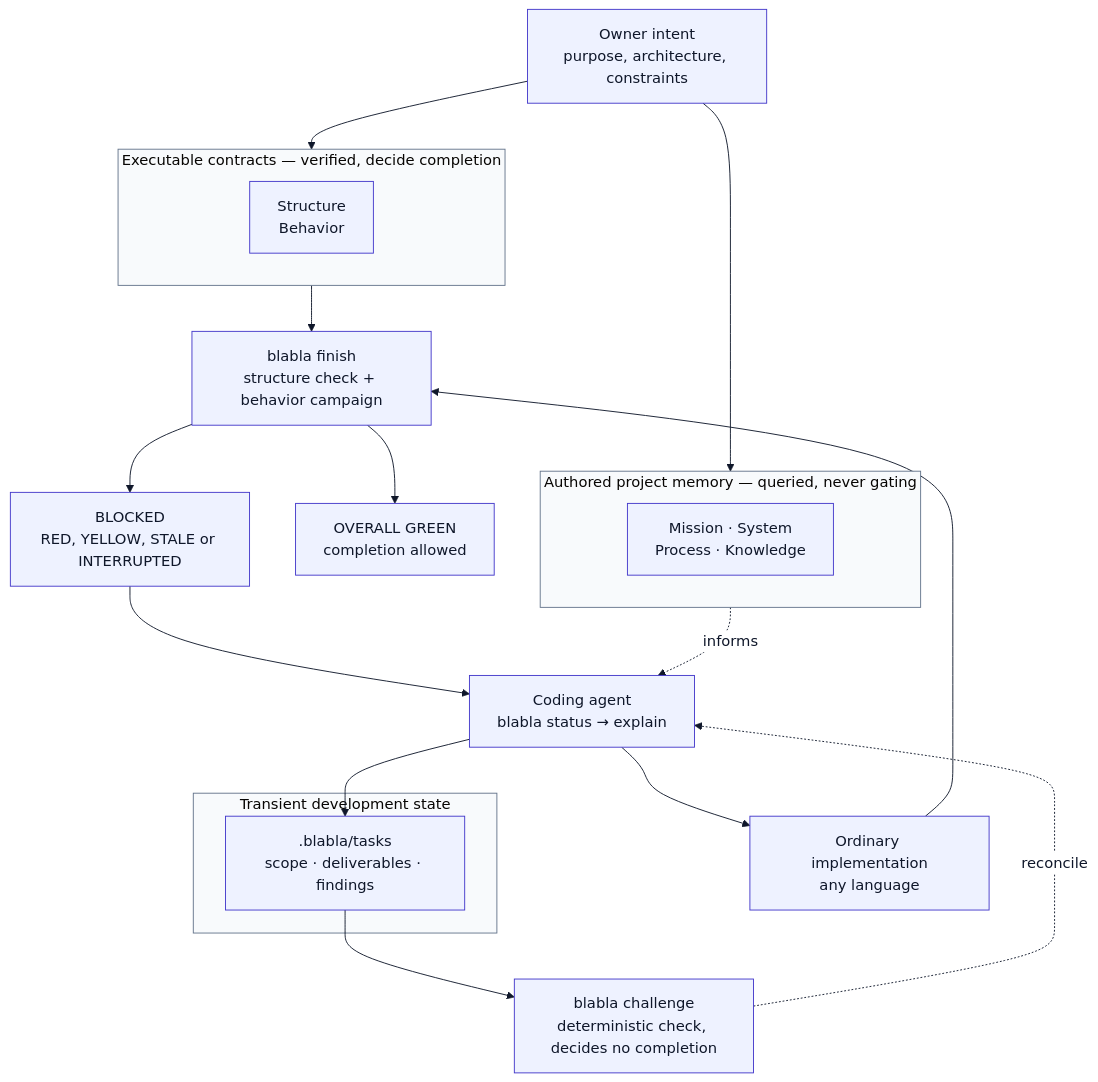
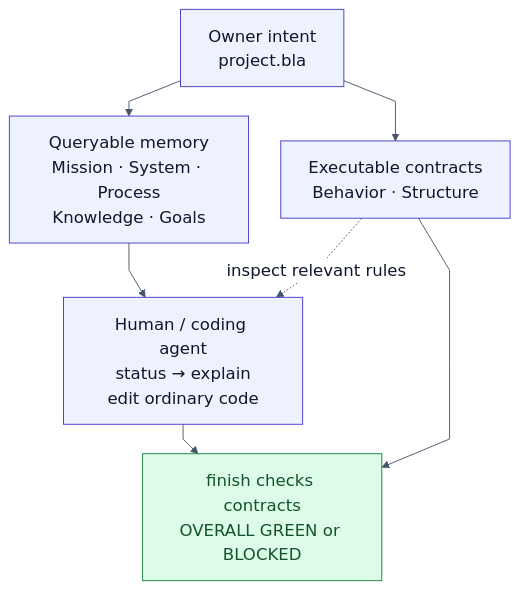
Before and after one commit to Kiborgik/blabla: the diagram in docs/diagrams/concept.mmd, drawn with Mermaid. The commit also changed 150 other files, not shown here.

```diff
--- a/docs/diagrams/concept.mmd
+++ b/docs/diagrams/concept.mmd
@@ -1,31 +1,15 @@
-%%{init: {"theme":"base","themeVariables":{"primaryColor":"#eef2ff","primaryTextColor":"#0f172a","primaryBorderColor":"#4338ca","lineColor":"#0f172a","secondaryColor":"#f1f5f9","tertiaryColor":"#f8fafc","clusterBkg":"#f8fafc","clusterBorder":"#64748b","edgeLabelBackground":"#ffffff"},"themeCSS":".edgePath path.path, path.flowchart-link { stroke-width: 3px; } marker path { fill: #0f172a; stroke: #0f172a; } .node rect, .node polygon, .node circle { stroke-width: 2px; }"}}%%
-flowchart TD
+%%{init: {"theme":"base","themeVariables":{"fontFamily":"Arial, sans-serif","fontSize":"18px","primaryColor":"#eef2ff","primaryTextColor":"#0f172a","primaryBorderColor":"#4338ca","lineColor":"#475569","secondaryColor":"#f0fdfa","tertiaryColor":"#f8fafc","clusterBkg":"#f8fafc","clusterBorder":"#94a3b8","edgeLabelBackground":"#ffffff"},"flowchart":{"nodeSpacing":35,"rankSpacing":32,"curve":"linear"},"themeCSS":".edgePath path.path, path.flowchart-link { stroke-width: 2px; } .node rect, .node polygon { stroke-width: 2px; }"}}%%
+flowchart TB
     accTitle: BlaBla concept
-    accDescr: Owner intent is written into a BlaBla project as two different things. Authored project memory holds Mission, System, Process and Knowledge, which coding agents query through blabla status and explain but which never decide completion. Executable contracts hold Structure and Behavior, which blabla finish verifies to decide OVERALL GREEN. A bounded task holds transient scope, deliverables and findings for one change, and blabla challenge checks the recorded account of the work against that evidence without deciding completion. Agents write ordinary implementation code; BlaBla does not launch them.
-    intent["Owner intent<br/>purpose, architecture, constraints"]
-    subgraph authored["Authored project memory — queried, never gating"]
-        memory["Mission · System<br/>Process · Knowledge"]
-    end
-    subgraph executable["Executable contracts — verified, decide completion"]
-        contracts["Structure<br/>Behavior"]
-    end
-    agent["Coding agent<br/>blabla status → explain"]
-    implementation["Ordinary implementation<br/>any language"]
-    subgraph transient["Transient development state"]
-        task[".blabla/tasks<br/>scope · deliverables · findings"]
-    end
-    challenge["blabla challenge<br/>deterministic check, decides no completion"]
-    finish["blabla finish<br/>structure check + behavior campaign"]
-    green["OVERALL GREEN<br/>completion allowed"]
-    blocked["BLOCKED<br/>RED, YELLOW, STALE or INTERRUPTED"]
-    intent --> authored
-    intent --> executable
-    authored -.informs.-> agent
-    agent --> implementation
-    agent --> task
-    task --> challenge
-    challenge -.reconcile.-> agent
-    implementation --> finish
-    executable --> finish
-    finish --> green
-    finish --> blocked --> agent
+    accDescr: Owner intent enters project.bla as two distinct surfaces. Behavior and Structure contracts are executable; Mission, System, Process, Knowledge and Goals are queryable memory. Humans and coding agents use status and explain to recover relevant context, then change ordinary implementation code. finish checks the implementation against the active contracts; only those checks decide OVERALL GREEN or BLOCKED.
+    intent["Owner intent<br/>project.bla"]
+    contracts["Executable contracts<br/>Behavior · Structure"]
+    memory["Queryable memory<br/>Mission · System · Process<br/>Knowledge · Goals"]
+    agent["Human / coding agent<br/>status → explain<br/>edit ordinary code"]
+    finish["finish checks contracts<br/>OVERALL GREEN or BLOCKED"]
+    intent --> contracts
+    intent --> memory --> agent --> finish
+    contracts --> finish
+    contracts -. "inspect relevant rules" .-> agent
+    classDef gate fill:#dcfce7,stroke:#15803d,color:#14532d;
+    class finish gate;
```
